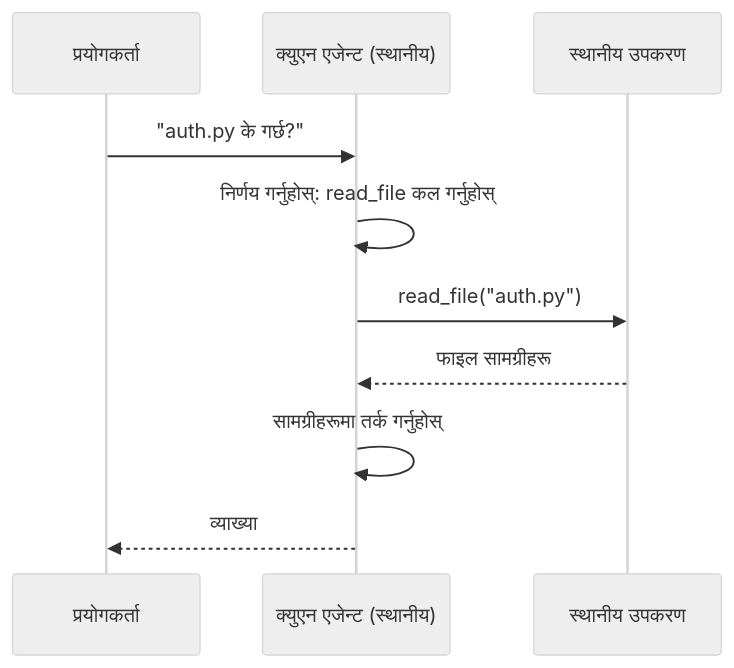
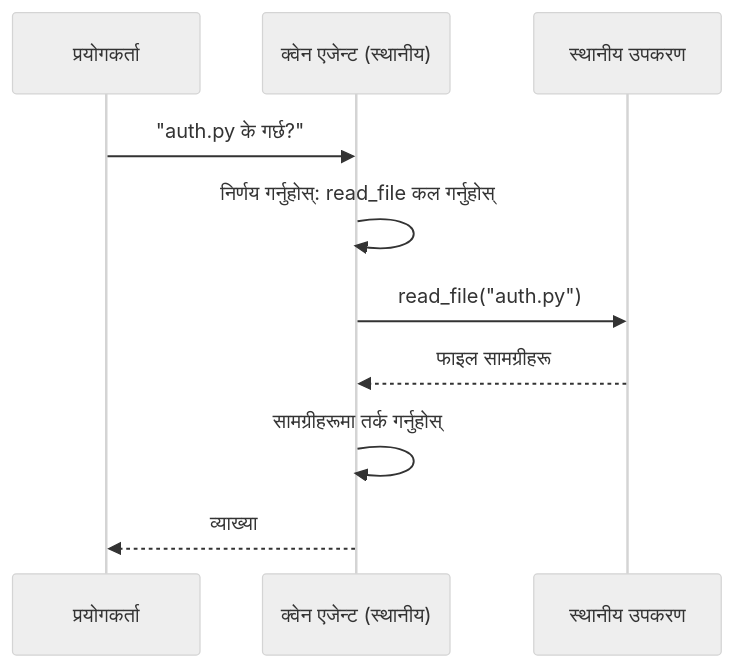
Before and after one commit to microsoft/ai-agents-for-beginners: the second of 4 diagrams in translations/ne/17-creating-local-ai-agents/README.md, drawn with Mermaid (neutral theme). The commit also changed other lines of this file and 45 other files, not shown here.

````diff
--- a/translations/ne/17-creating-local-ai-agents/README.md
+++ b/translations/ne/17-creating-local-ai-agents/README.md
@@ -106,12 +106,12 @@
 ```mermaid
 sequenceDiagram
     participant U as प्रयोगकर्ता
-    participant A as क्युएन एजेन्ट (स्थानीय)
+    participant A as क्वेन एजेन्ट (स्थानीय)
     participant T as स्थानीय उपकरण
     U->>A: "auth.py के गर्छ?"
     A->>A: निर्णय गर्नुहोस्: read_file कल गर्नुहोस्
     A->>T: read_file("auth.py")
     T-->>A: फाइल सामग्रीहरू
     A->>A: सामग्रीहरूमा तर्क गर्नुहोस्
     A-->>U: व्याख्या
 ```
````
